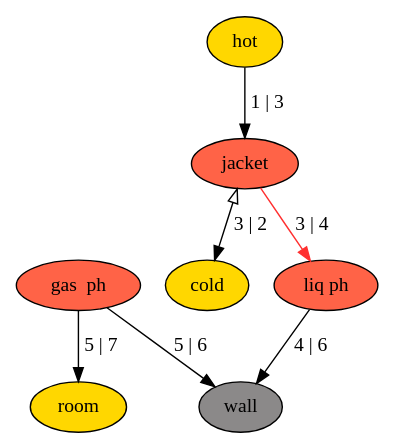
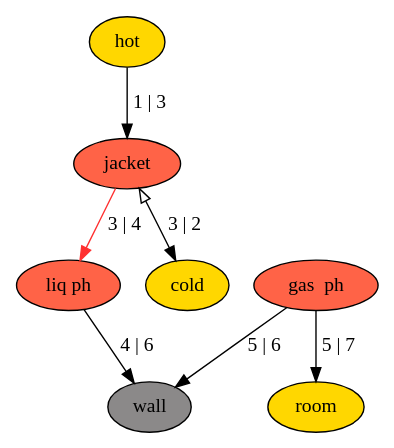
The diagram in OntoSim/GraphIndexTest/DOT/test.dot (ATElve/OntoSim), drawn with Graphviz before and after one commit. The commit also changed 2 other files, not shown here.

```diff
--- a/OntoSim/GraphIndexTest/DOT/test.dot
+++ b/OntoSim/GraphIndexTest/DOT/test.dot
@@ -1,21 +1,21 @@
 ###############################################################################
 #	 Purpose: Dot graph for equation tree                                       #
 #	 Author:  Arne Tobias Elve                                                  #
-#	 When:    2017-08-03 16:11:10                                               #
+#	 When:    2017-08-04 11:51:38                                               #
 #	 Why:     Output to dot language                                            #
 ###############################################################################
 digraph G {
-7 [style = filled, label = "cold" fillcolor = Gold1];
 9 [style = filled, label = "hot" fillcolor = Gold1];
 4 [style = filled, label = "gas  ph" fillcolor = Tomato];
 1 [style = filled, label = "room" fillcolor = Gold1];
 6 [style = filled, label = "liq ph" fillcolor = Tomato];
 5 [style = filled, label = "wall" fillcolor = Snow4];
+7 [style = filled, label = "cold" fillcolor = Gold1];
 8 [style = filled, label = "jacket" fillcolor = Tomato];
 8 -> 6 [label = "3 | 4", arrowhead = normal, color = Firebrick1];
+4 -> 5 [label = "5 | 6", arrowhead = normal, color = Black];
 9 -> 8 [label = "1 | 3", arrowhead = normal, color = Black];
 8 -> 7 [label = "3 | 2", arrowtail = onormal, dir = both, color = Black];
 6 -> 5 [label = "4 | 6", arrowhead = normal, color = Black];
-4 -> 5 [label = "5 | 6", arrowhead = normal, color = Black];
 4 -> 1 [label = "5 | 7", arrowhead = normal, color = Black];
 }
```
